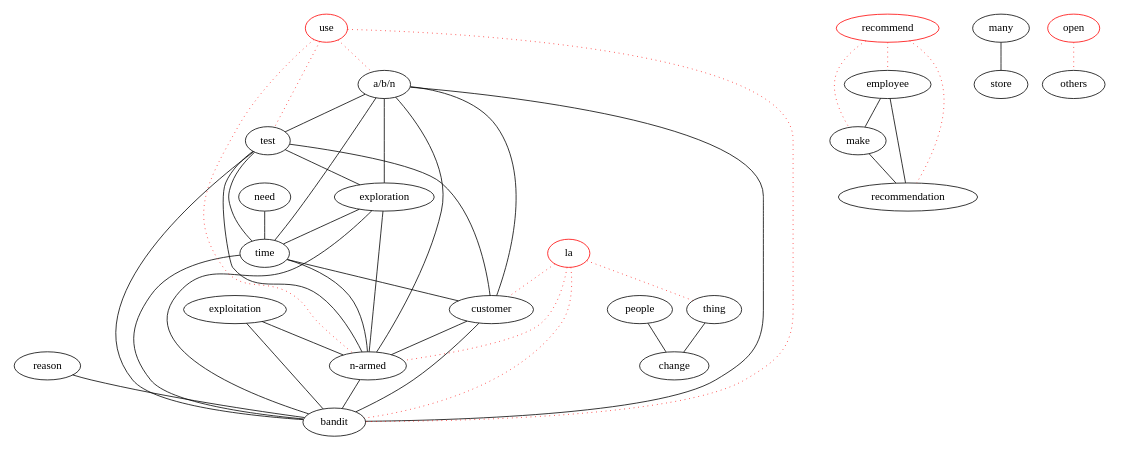
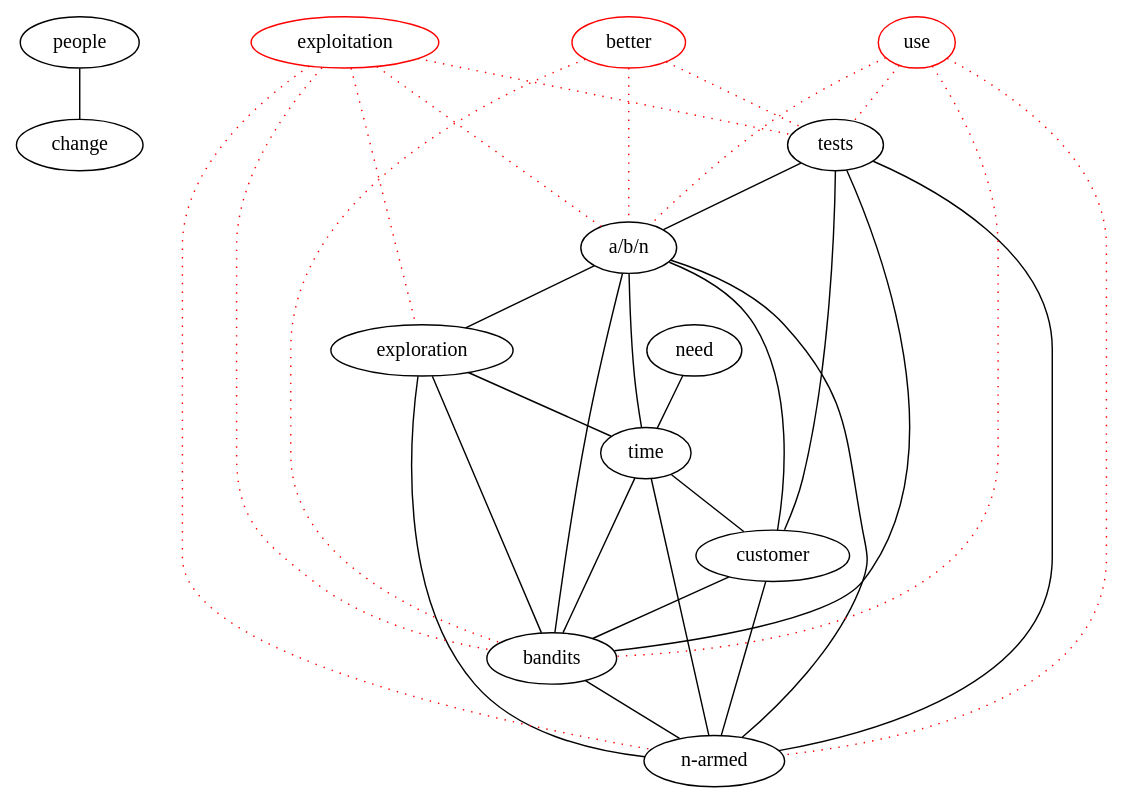
Before and after one commit to michaelweiss/keygraph: the diagram in dot/actions.dot, drawn with Graphviz. The commit also changed 5 other files, not shown here.

```diff
--- a/dot/actions.dot
+++ b/dot/actions.dot
@@ -1,67 +1,48 @@
 graph keygraph {
 graph [size="10,10"]
+change [color="black"]
 "n-armed" [color="black"]
-make [color="black"]
-many [color="black"]
-test [color="black"]
-reason [color="black"]
-exploitation [color="black"]
-change [color="black"]
-bandit [color="black"]
-employee [color="black"]
-time [color="black"]
-need [color="black"]
-people [color="black"]
-"a/b/n" [color="black"]
-recommendation [color="black"]
-thing [color="black"]
 exploration [color="black"]
 customer [color="black"]
-store [color="black"]
-recommend [color="red"]
-la [color="red"]
+"a/b/n" [color="black"]
+time [color="black"]
+people [color="black"]
+need [color="black"]
+tests [color="black"]
+bandits [color="black"]
+exploitation [color="red"]
 use [color="red"]
-open [color="red"]
-reason--bandit
-employee--make
-employee--recommendation
-make--recommendation
-many--store
+better [color="red"]
+tests--customer
 "a/b/n"--exploration
 "a/b/n"--time
 "a/b/n"--customer
-test--exploration
-test--time
-test--customer
 people--change
 exploration--time
 need--time
+time--customer
+time--bandits
 time--"n-armed"
-time--bandit
+customer--bandits
 customer--"n-armed"
-customer--bandit
-exploitation--"n-armed"
-exploitation--bandit
-thing--change
+exploration--bandits
 exploration--"n-armed"
-exploration--bandit
-time--customer
+tests--"a/b/n"
+tests--bandits
+tests--"n-armed"
+"a/b/n"--bandits
 "a/b/n"--"n-armed"
-"a/b/n"--bandit
-test--"n-armed"
-test--bandit
-"a/b/n"--test
-"n-armed"--bandit
-la--customer [color="red", style="dotted"]
-recommend--employee [color="red", style="dotted"]
-recommend--make [color="red", style="dotted"]
+bandits--"n-armed"
+better--"a/b/n" [color="red", style="dotted"]
+better--tests [color="red", style="dotted"]
+better--bandits [color="red", style="dotted"]
 use--"n-armed" [color="red", style="dotted"]
-use--bandit [color="red", style="dotted"]
-open--others [color="red", style="dotted"]
+use--tests [color="red", style="dotted"]
+use--bandits [color="red", style="dotted"]
+exploitation--exploration [color="red", style="dotted"]
+exploitation--"a/b/n" [color="red", style="dotted"]
+exploitation--tests [color="red", style="dotted"]
 use--"a/b/n" [color="red", style="dotted"]
-use--test [color="red", style="dotted"]
-la--"n-armed" [color="red", style="dotted"]
-la--bandit [color="red", style="dotted"]
-recommend--recommendation [color="red", style="dotted"]
-la--thing [color="red", style="dotted"]
+exploitation--"n-armed" [color="red", style="dotted"]
+exploitation--bandits [color="red", style="dotted"]
 }
```
